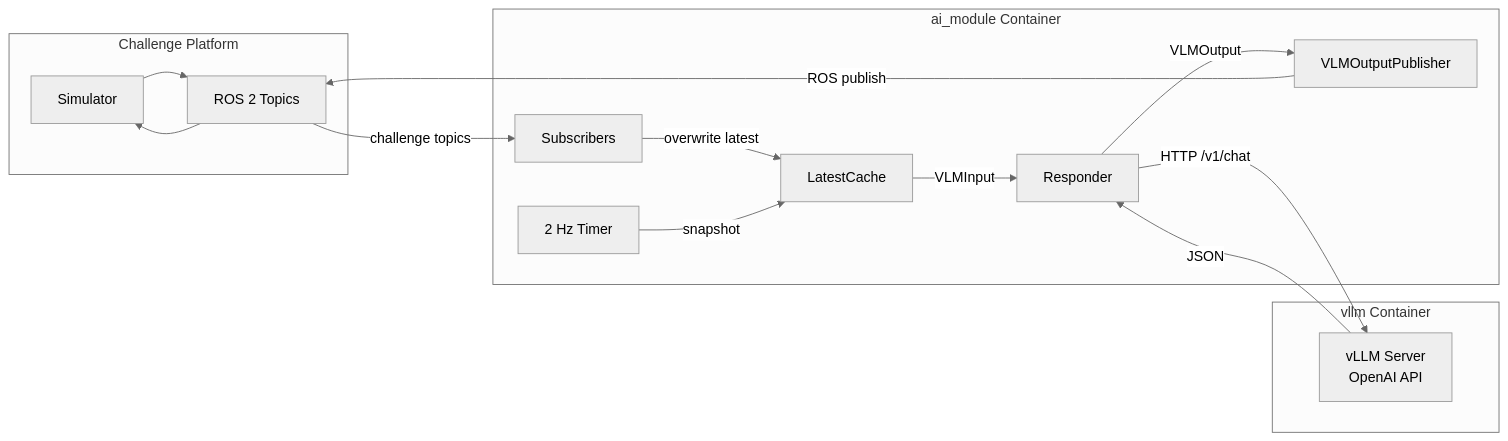
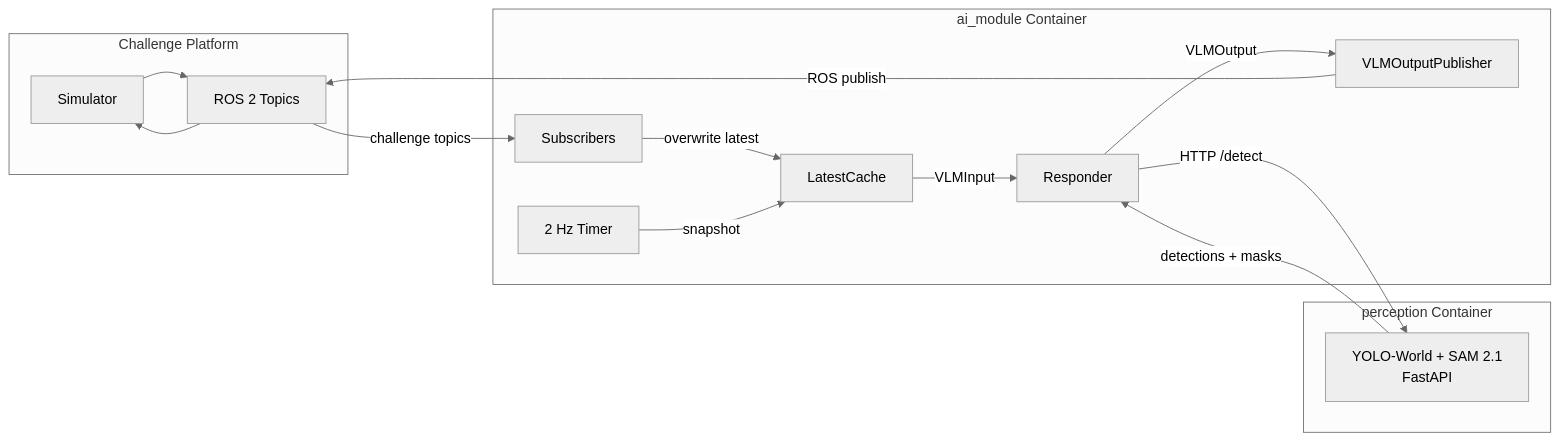
The first of 3 diagrams in docs/architecture.md (ginlov/xiao-hei-vln-cmu), drawn with Mermaid (neutral theme) before and after one commit. The commit also changed other lines of this file and 81 other files, not shown here.

````diff
--- a/docs/architecture.md
+++ b/docs/architecture.md
@@ -5,30 +5,30 @@
 ```mermaid
 graph LR
     subgraph Challenge Platform
         SIM[Simulator]
         ROS[ROS 2 Topics]
     end
 
     subgraph ai_module Container
         SUB[Subscribers]
         CACHE[LatestCache]
         TICK[2 Hz Timer]
         RESP[Responder]
         PUB[VLMOutputPublisher]
     end
 
-    subgraph vllm Container
-        VLLM[vLLM Server<br/>OpenAI API]
+    subgraph perception Container
+        PERCS[YOLO-World + SAM 2.1<br/>FastAPI]
     end
 
     SIM --> ROS
     ROS -->|challenge topics| SUB
     SUB -->|overwrite latest| CACHE
     TICK -->|snapshot| CACHE
     CACHE -->|VLMInput| RESP
-    RESP -->|HTTP /v1/chat| VLLM
-    VLLM -->|JSON| RESP
+    RESP -->|HTTP /detect| PERCS
+    PERCS -->|detections + masks| RESP
     RESP -->|VLMOutput| PUB
     PUB -->|ROS publish| ROS
     ROS --> SIM
 ```
````
